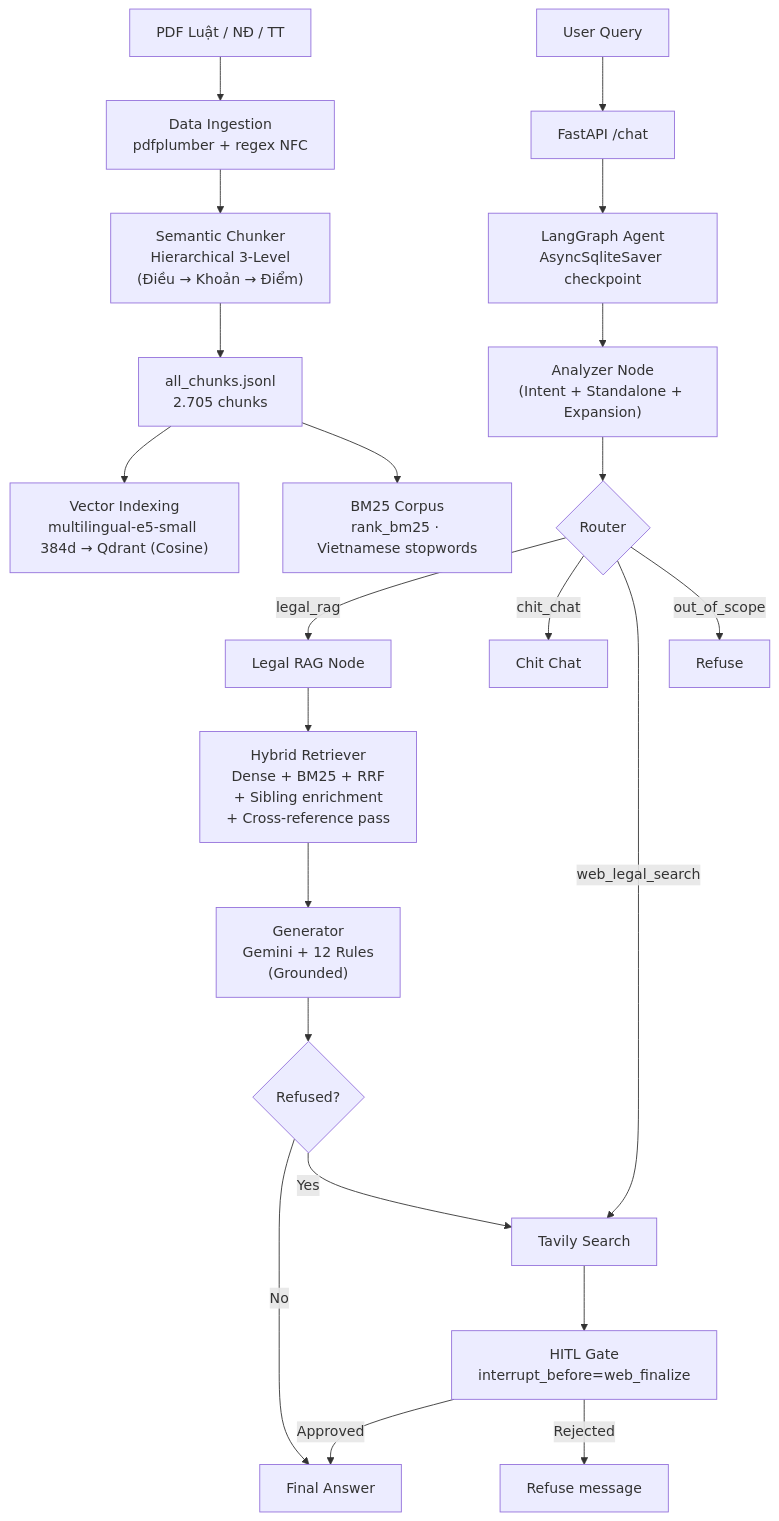
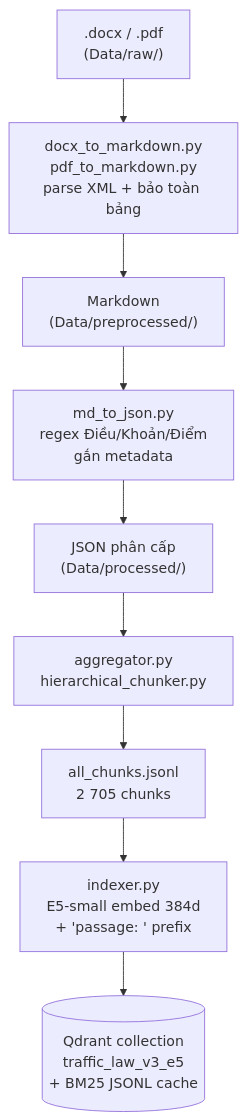
One commit to MacPhuPhong/TRAFFIC_LAW_LLM_RAG_AGENTIC changed the first of 3 diagrams in doc/bao_cao_he_thong.md. Above: the diagram before and after it, drawn with Mermaid. The commit also changed other lines of this file and 51 other files, not shown here.

````diff
--- a/doc/bao_cao_he_thong.md
+++ b/doc/bao_cao_he_thong.md
@@ -31,27 +57,11 @@
 ```mermaid
-graph TD
-    A["PDF Luật / NĐ / TT"] --> B["Data Ingestion<br>pdfplumber + regex NFC"]
-    B --> C["Semantic Chunker<br>Hierarchical 3-Level<br>(Điều → Khoản → Điểm)"]
-    C --> D["all_chunks.jsonl<br>2.705 chunks"]
-    D --> E["Vector Indexing<br>multilingual-e5-small 384d → Qdrant (Cosine)"]
-    D --> F["BM25 Corpus<br>rank_bm25 · Vietnamese stopwords"]
-
-    G["User Query"] --> H["FastAPI /chat"]
-    H --> I["LangGraph Agent<br>AsyncSqliteSaver checkpoint"]
-    I --> J["Analyzer Node<br>(Intent + Standalone + Expansion)"]
-    J --> K{"Router"}
-    K -->|legal_rag| L["Legal RAG Node"]
-    K -->|chit_chat| M["Chit Chat"]
-    K -->|web_legal_search| N["Tavily Search"]
-    K -->|out_of_scope| O["Refuse"]
-
-    L --> P["Hybrid Retriever<br>Dense + BM25 + RRF<br>+ Sibling enrichment<br>+ Cross-reference pass"]
-    P --> Q["Generator<br>Gemini + 12 Rules<br>(Grounded)"]
-    Q --> R{"Refused?"}
-    R -->|No| Z["Final Answer"]
-    R -->|Yes| N
-
-    N --> S["HITL Gate<br>interrupt_before=web_finalize"]
-    S -->|Approved| Z
-    S -->|Rejected| Y["Refuse message"]
+flowchart TD
+    A[".docx / .pdf<br/>(Data/raw/)"] --> B["docx_to_markdown.py<br/>pdf_to_markdown.py<br/>parse XML + bảo toàn bảng"]
+    B --> C["Markdown<br/>(Data/preprocessed/)"]
+    C --> D["md_to_json.py<br/>regex Điều/Khoản/Điểm<br/>gắn metadata"]
+    D --> E["JSON phân cấp<br/>(Data/processed/)"]
+    E --> F["aggregator.py<br/>hierarchical_chunker.py"]
+    F --> G["all_chunks.jsonl<br/>2 705 chunks"]
+    G --> H["indexer.py<br/>E5-small embed 384d<br/>+ 'passage: ' prefix"]
+    H --> I[("Qdrant collection<br/>traffic_law_v3_e5<br/>+ BM25 JSONL cache")]
 ```
````
